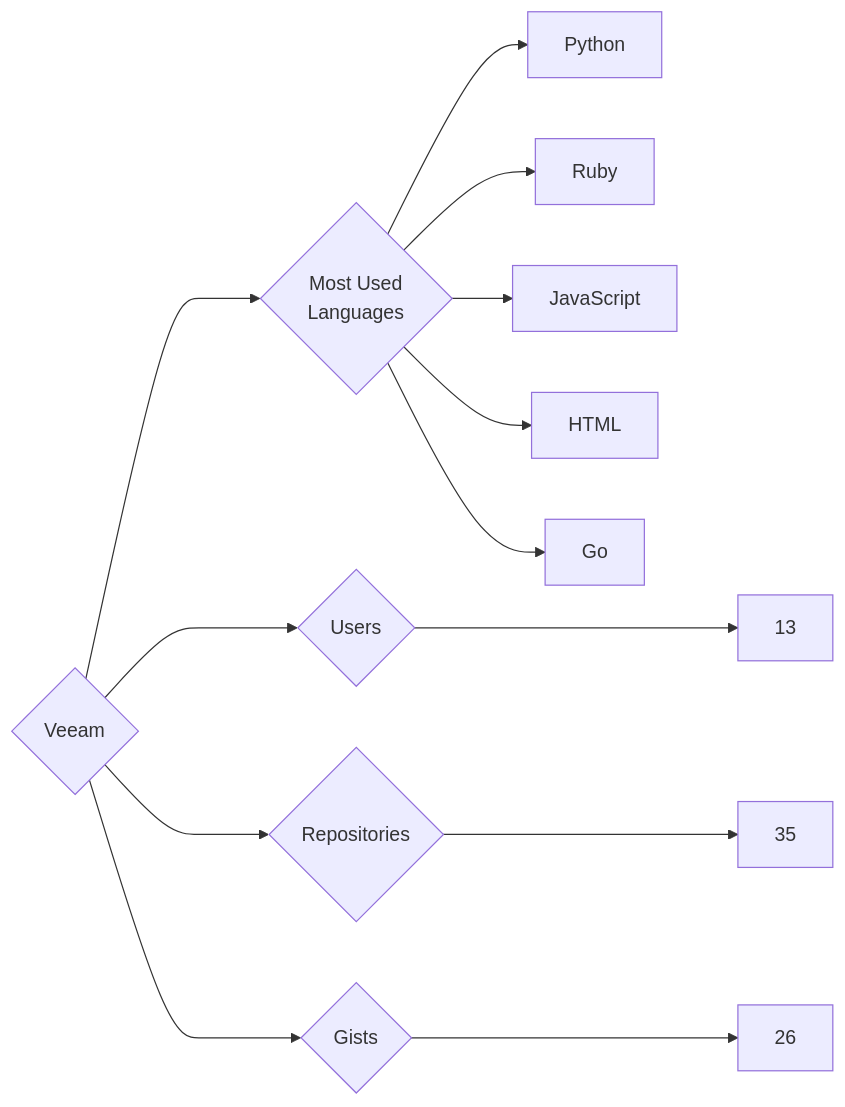
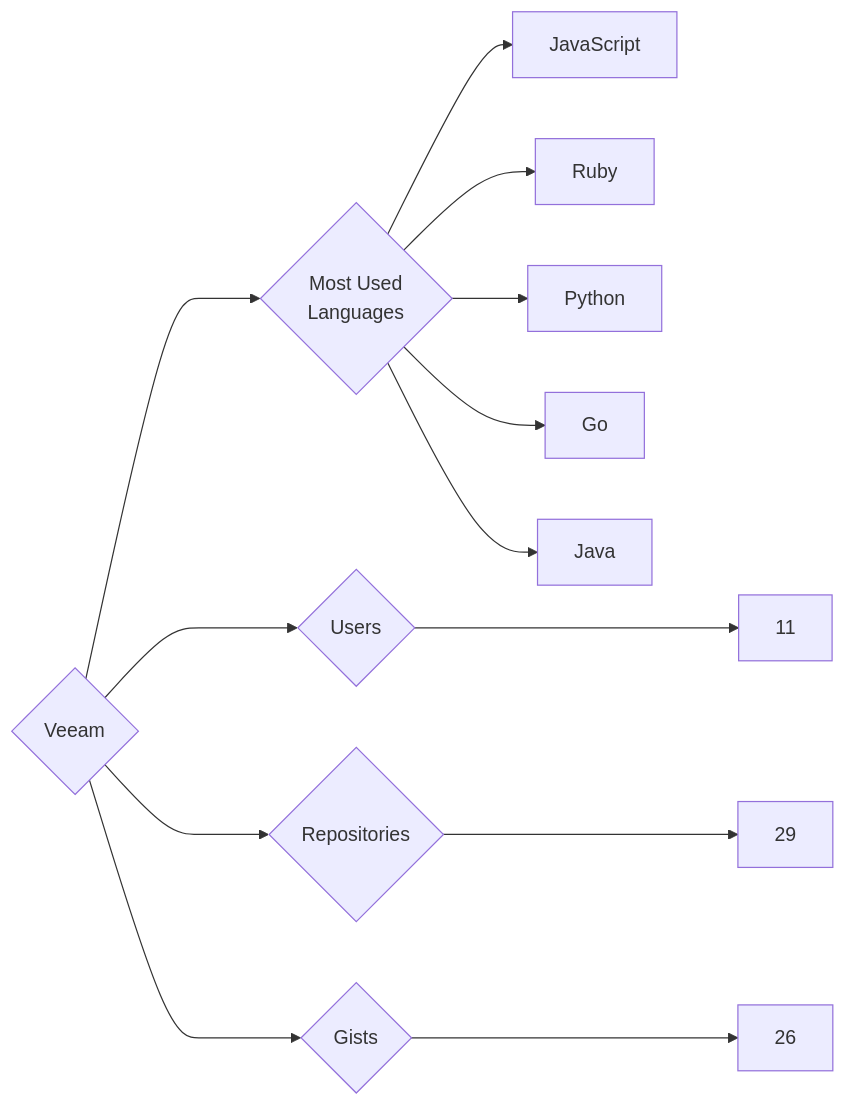
The diagram in targets/Veeam/README.md (trickest/insiders), drawn with Mermaid before and after one commit. The commit also changed 973 other files, not shown here.

````diff
--- a/targets/Veeam/README.md
+++ b/targets/Veeam/README.md
@@ -3,13 +3,13 @@
 ```mermaid
 graph LR
 COMPANY_NAME{Veeam}
-COMPANY_NAME ---> U{Users} ---> UN[13]
-COMPANY_NAME ---> R{Repositories} ---> RN[35]
+COMPANY_NAME ---> U{Users} ---> UN[11]
+COMPANY_NAME ---> R{Repositories} ---> RN[29]
 COMPANY_NAME ---> G{Gists} ---> GN[26]
 COMPANY_NAME ---> ML{Most Used<br>Languages}
+ML --> JavaScript[JavaScript]
+ML --> Ruby[Ruby]
 ML --> Python[Python]
-ML --> Ruby[Ruby]
-ML --> JavaScript[JavaScript]
-ML --> HTML[HTML]
 ML --> Go[Go]
+ML --> Java[Java]
 ```
````
